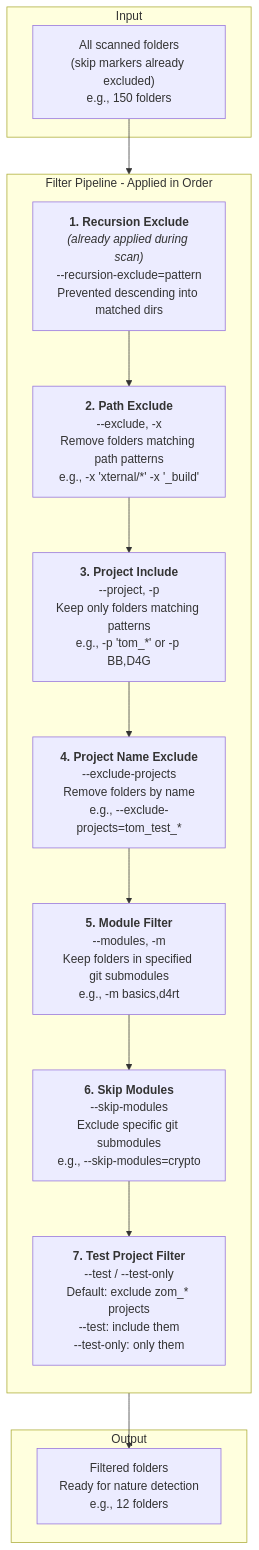
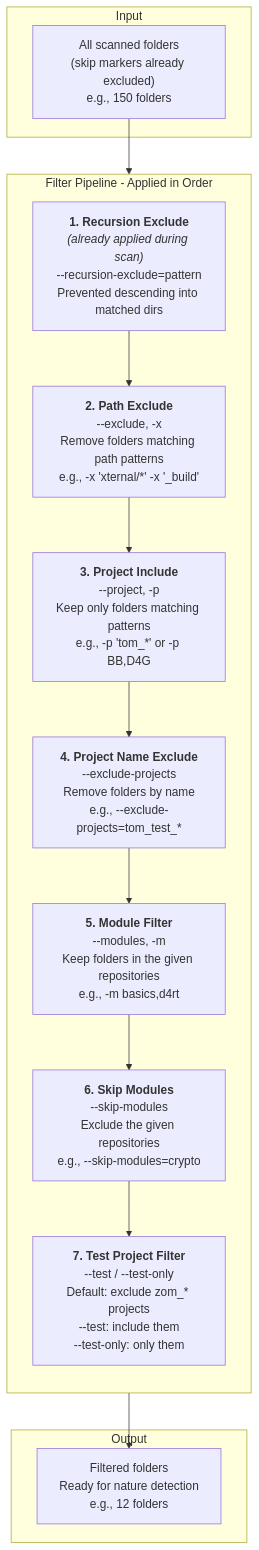
The tenth of 16 diagrams in tom_build_base/_copilot_guidelines/cli_v2_design.md (al-the-bear/tom_basics), drawn with Mermaid before and after one commit. The commit also changed other lines of this file and 14 other files, not shown here.

First line of the commit message:
tom_build_base: --modules / --skip-modules select repositories by path; isSubmodule documented (unreleased; build_tom 00c_wslayout-2)

````diff
--- a/tom_build_base/_copilot_guidelines/cli_v2_design.md
+++ b/tom_build_base/_copilot_guidelines/cli_v2_design.md
@@ -745,30 +745,30 @@
 ```mermaid
 flowchart TB
     subgraph "Input"
         IN["All scanned folders<br/>(skip markers already excluded)<br/>e.g., 150 folders"]
     end
     
     subgraph "Filter Pipeline - Applied in Order"
         direction TB
         F1["<b>1. Recursion Exclude</b><br/><i>(already applied during scan)</i><br/>--recursion-exclude=pattern<br/>Prevented descending into matched dirs"]
         F2["<b>2. Path Exclude</b><br/>--exclude, -x<br/>Remove folders matching path patterns<br/>e.g., -x 'xternal/*' -x '_build'"]
         F3["<b>3. Project Include</b><br/>--project, -p<br/>Keep only folders matching patterns<br/>e.g., -p 'tom_*' or -p BB,D4G"]
         F4["<b>4. Project Name Exclude</b><br/>--exclude-projects<br/>Remove folders by name<br/>e.g., --exclude-projects=tom_test_*"]
-        F5["<b>5. Module Filter</b><br/>--modules, -m<br/>Keep folders in specified git submodules<br/>e.g., -m basics,d4rt"]
-        F6["<b>6. Skip Modules</b><br/>--skip-modules<br/>Exclude specific git submodules<br/>e.g., --skip-modules=crypto"]
+        F5["<b>5. Module Filter</b><br/>--modules, -m<br/>Keep folders in the given repositories<br/>e.g., -m basics,d4rt"]
+        F6["<b>6. Skip Modules</b><br/>--skip-modules<br/>Exclude the given repositories<br/>e.g., --skip-modules=crypto"]
         F7["<b>7. Test Project Filter</b><br/>--test / --test-only<br/>Default: exclude zom_* projects<br/>--test: include them<br/>--test-only: only them"]
     end
     
     subgraph "Output"
         OUT["Filtered folders<br/>Ready for nature detection<br/>e.g., 12 folders"]
     end
     
     IN --> F1
     F1 --> F2
     F2 --> F3
     F3 --> F4
     F4 --> F5
     F5 --> F6
     F6 --> F7
     F7 --> OUT
 ```
````
